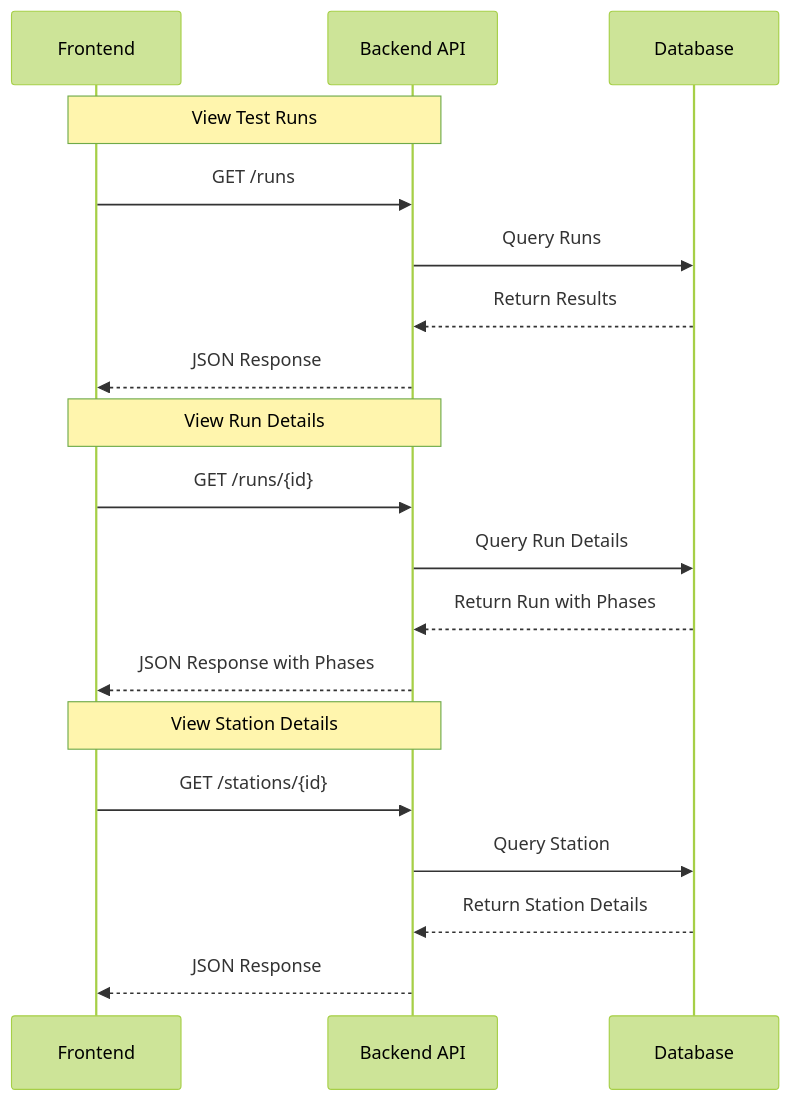
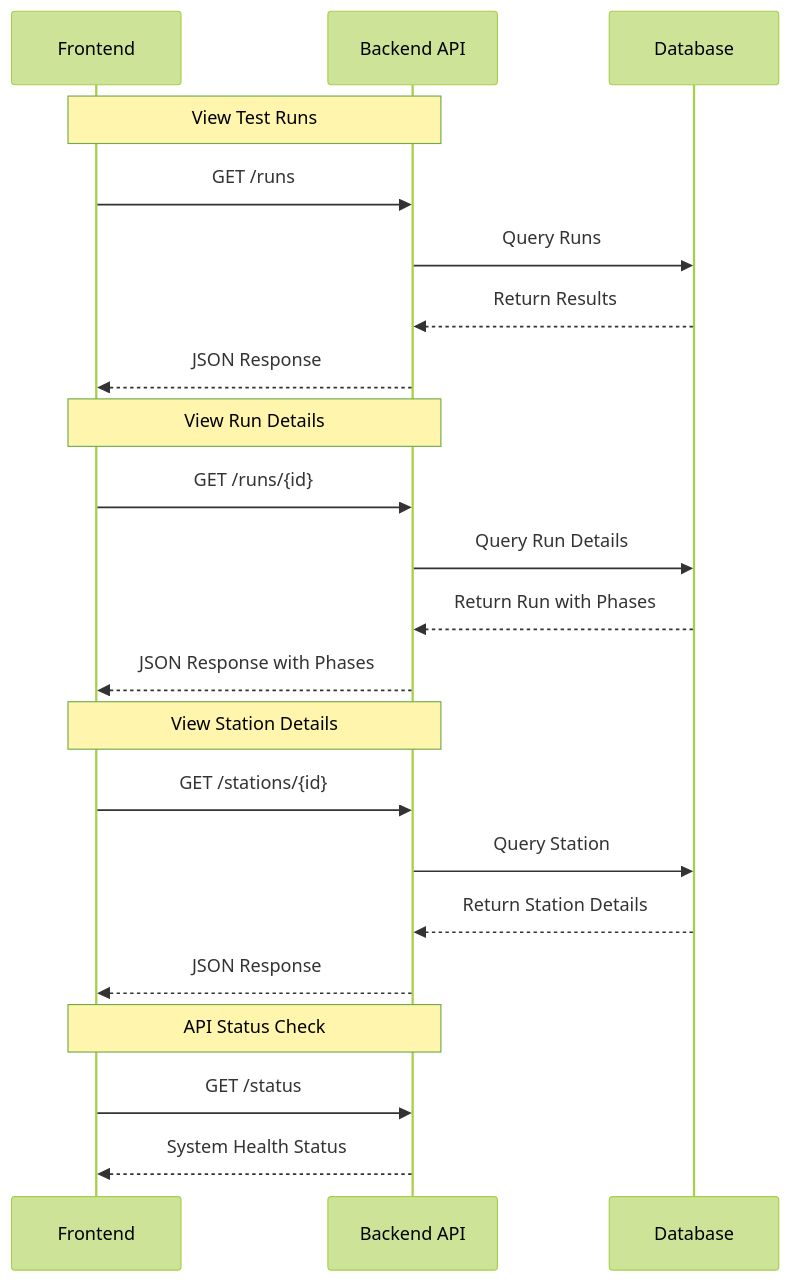
One commit to mvalancy-mt/NotTofu changed the third of 4 diagrams in docs/architecture/system_overview.md. Above: the diagram before and after it, drawn with Mermaid (forest theme). The commit also changed other lines of this file and 64 other files, not shown here.

````diff
--- a/docs/architecture/system_overview.md
+++ b/docs/architecture/system_overview.md
@@ -143,24 +72,28 @@
 ```mermaid
 sequenceDiagram
     participant UI as Frontend
     participant API as Backend API
     participant DB as Database
     
     Note over UI,API: View Test Runs
     UI->>API: GET /runs
     API->>DB: Query Runs
     DB-->>API: Return Results
     API-->>UI: JSON Response
     
     Note over UI,API: View Run Details
     UI->>API: GET /runs/{id}
     API->>DB: Query Run Details
     DB-->>API: Return Run with Phases
     API-->>UI: JSON Response with Phases
     
     Note over UI,API: View Station Details
     UI->>API: GET /stations/{id}
     API->>DB: Query Station
     DB-->>API: Return Station Details
     API-->>UI: JSON Response
+    
+    Note over UI,API: API Status Check
+    UI->>API: GET /status
+    API-->>UI: System Health Status
 ```
````
